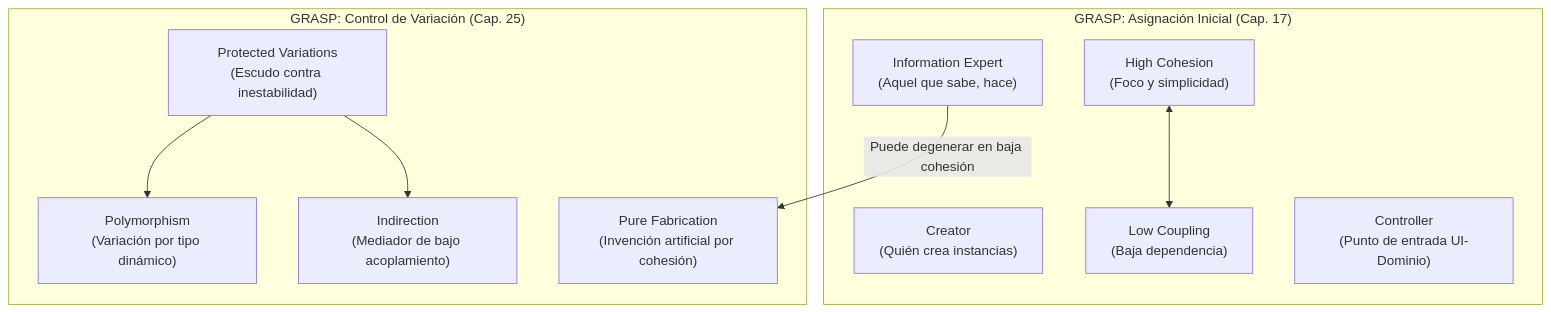
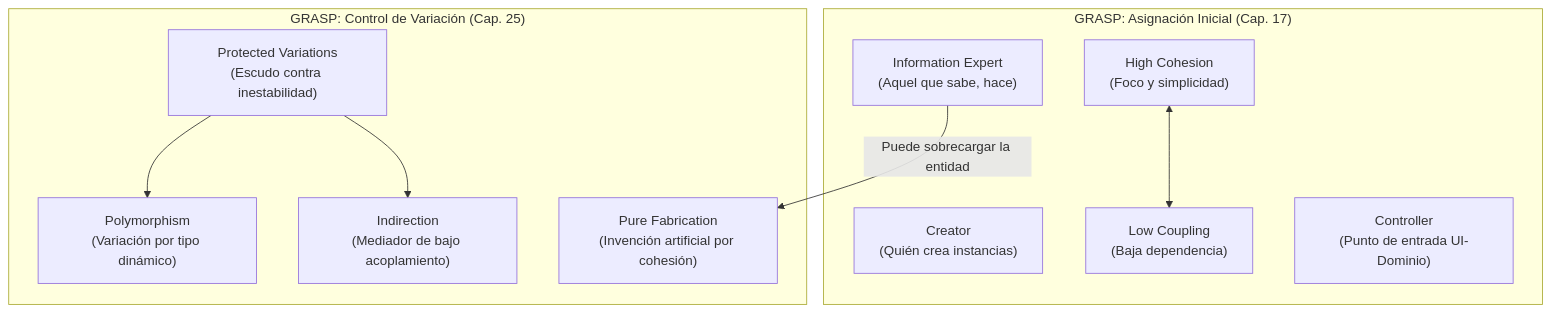
One commit to Kelocoes/docukelo-icesi changed the second of 5 diagrams in docs/diseno-de-software-1/semana-1/02-solid-grasp.md. Above: the diagram before and after it, drawn with Mermaid. The commit also changed other lines of this file and 4 other files, not shown here.

````diff
--- a/docs/diseno-de-software-1/semana-1/02-solid-grasp.md
+++ b/docs/diseno-de-software-1/semana-1/02-solid-grasp.md
@@ -58,22 +95,22 @@
 ```mermaid
 graph TD
     subgraph "GRASP: Asignación Inicial (Cap. 17)"
         IE["Information Expert<br/>(Aquel que sabe, hace)"]
         CR["Creator<br/>(Quién crea instancias)"]
         HC["High Cohesion<br/>(Foco y simplicidad)"]
         LC["Low Coupling<br/>(Baja dependencia)"]
         CT["Controller<br/>(Punto de entrada UI-Dominio)"]
     end
 
     subgraph "GRASP: Control de Variación (Cap. 25)"
         PF["Pure Fabrication<br/>(Invención artificial por cohesión)"]
         IN["Indirection<br/>(Mediador de bajo acoplamiento)"]
         PV["Protected Variations<br/>(Escudo contra inestabilidad)"]
         PO["Polymorphism<br/>(Variación por tipo dinámico)"]
     end
 
-    IE -->|Puede degenerar en baja cohesión| PF
+    IE -->|Puede sobrecargar la entidad| PF
     HC <--> LC
     PV --> PO
     PV --> IN
 ```
````
